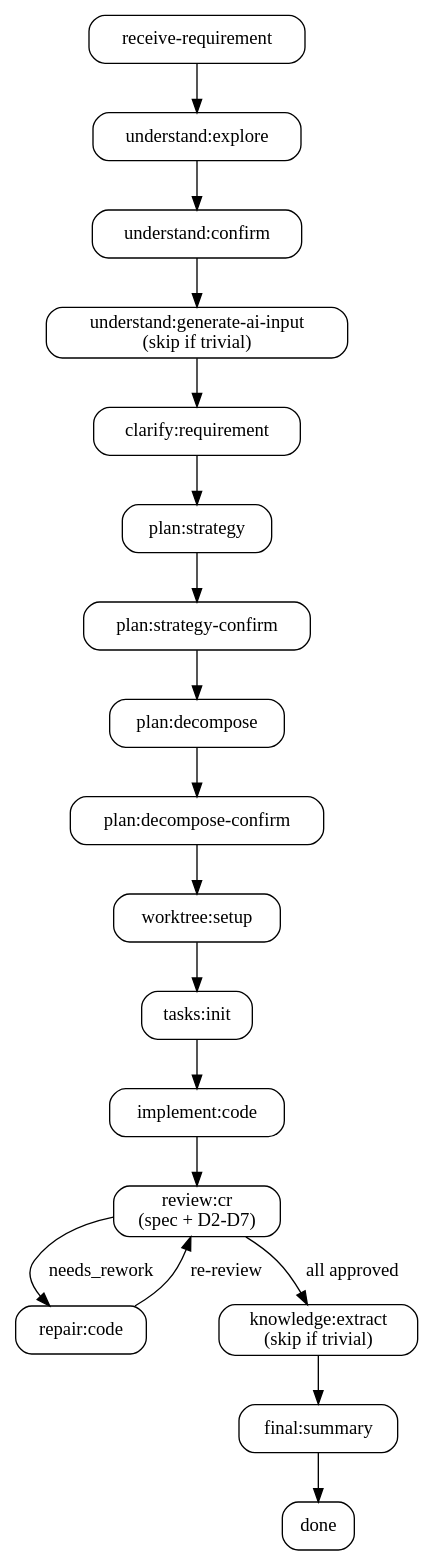
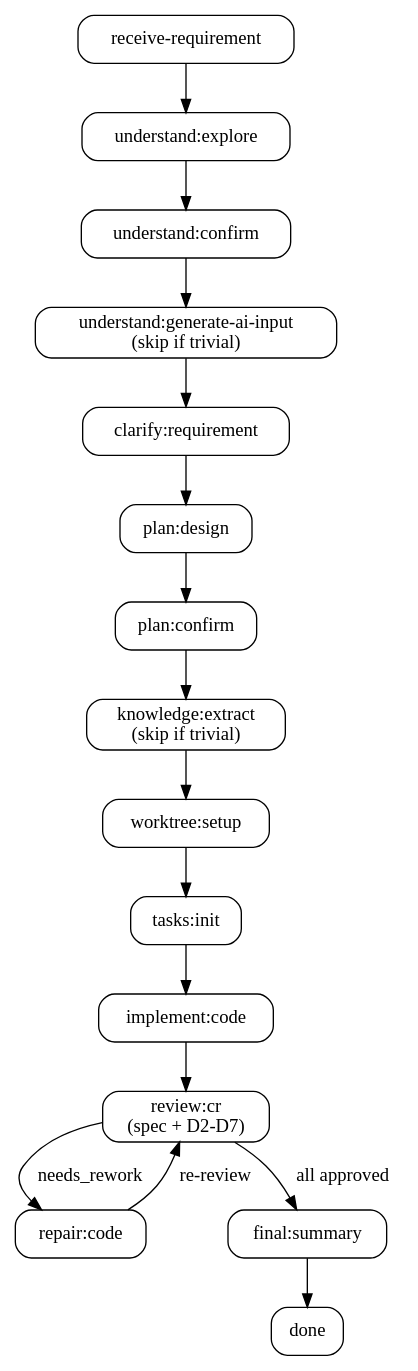
Before and after one commit to Jxin-Cai/chisel: the diagram in skills/chisel/SKILL.md, drawn with Graphviz. The commit also changed other lines of this file and 23 other files, not shown here.

````diff
--- a/skills/chisel/SKILL.md
+++ b/skills/chisel/SKILL.md
@@ -51,31 +51,29 @@
 ```dot
 digraph chisel_flow {
   rankdir=TB; node [shape=box, style=rounded];
   receive [label="receive-requirement"];
   explore [label="understand:explore"];
   u_confirm [label="understand:confirm"];
   ai_input [label="understand:generate-ai-input\n(skip if trivial)"];
   clarify [label="clarify:requirement"];
-  strategy [label="plan:strategy"];
-  s_confirm [label="plan:strategy-confirm"];
-  decompose [label="plan:decompose"];
-  d_confirm [label="plan:decompose-confirm"];
+  design [label="plan:design"];
+  p_confirm [label="plan:confirm"];
+  knowledge [label="knowledge:extract\n(skip if trivial)"];
   worktree [label="worktree:setup"];
   tasks [label="tasks:init"];
   implement [label="implement:code"];
   review [label="review:cr\n(spec + D2-D7)"];
   repair [label="repair:code"];
-  knowledge [label="knowledge:extract\n(skip if trivial)"];
   final [label="final:summary"];
   done [label="done"];
 
   receive -> explore -> u_confirm -> ai_input -> clarify;
-  clarify -> strategy -> s_confirm -> decompose -> d_confirm;
-  d_confirm -> worktree -> tasks;
+  clarify -> design -> p_confirm -> knowledge;
+  knowledge -> worktree -> tasks;
   tasks -> implement -> review;
   review -> repair [label="needs_rework"];
   repair -> review [label="re-review"];
-  review -> knowledge [label="all approved"];
-  knowledge -> final -> done;
+  review -> final [label="all approved"];
+  final -> done;
 }
 ```
````
